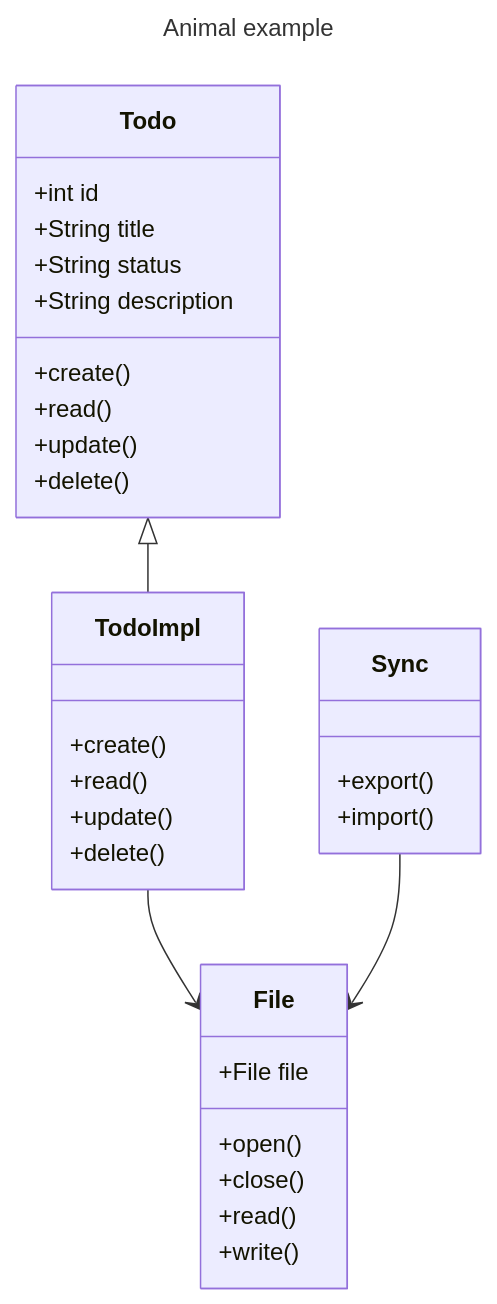
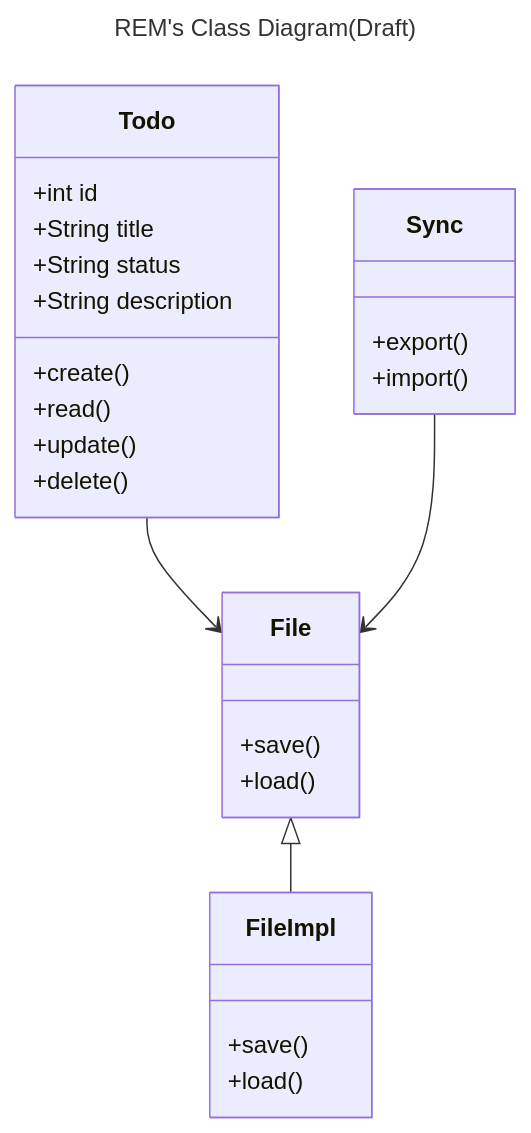
The diagram in SPEC.md (tttol/rem), drawn with Mermaid before and after one commit. The commit also changed 1 other file, not shown here.

Commit message:
update file logic architecture

````diff
--- a/SPEC.md
+++ b/SPEC.md
@@ -19,40 +19,35 @@
 ```mermaid
 ---
-title: Animal example
+title: REM's Class Diagram(Draft)
 ---
 classDiagram
     class Todo {
         +int id
         +String title
         +String status
         +String description
         +create()
         +read()
         +update()
         +delete()
     }
 
-    class TodoImpl {
-        +create()
-        +read()
-        +update()
-        +delete()
+    class File {
+        +save()
+        +load()
     }
 
-    class File {
-        +File file
-        +open()
-        +close()
-        +read()
-        +write()
+    class FileImpl {
+        +save()
+        +load()
     }
 
     class Sync {
         +export()
         +import()
     }
 
-    Todo <|-- TodoImpl
-    TodoImpl --> File
+    File <|-- FileImpl
+    Todo --> File
     Sync --> File
 ```
````
